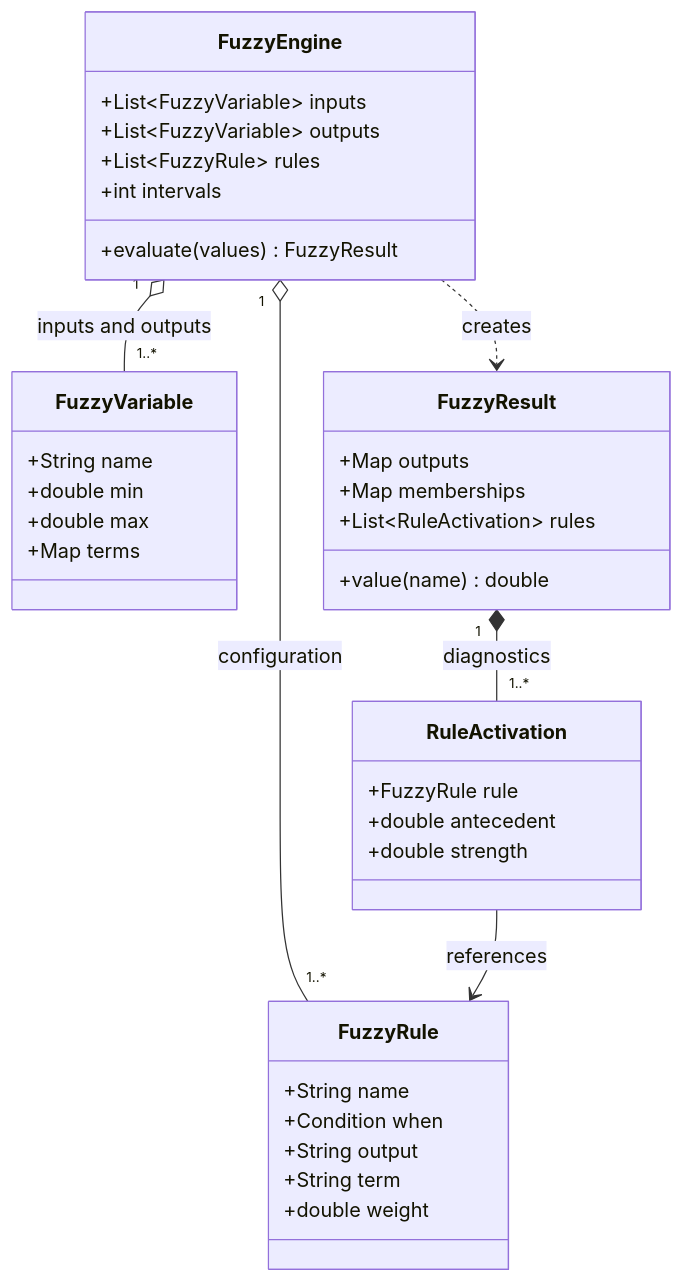
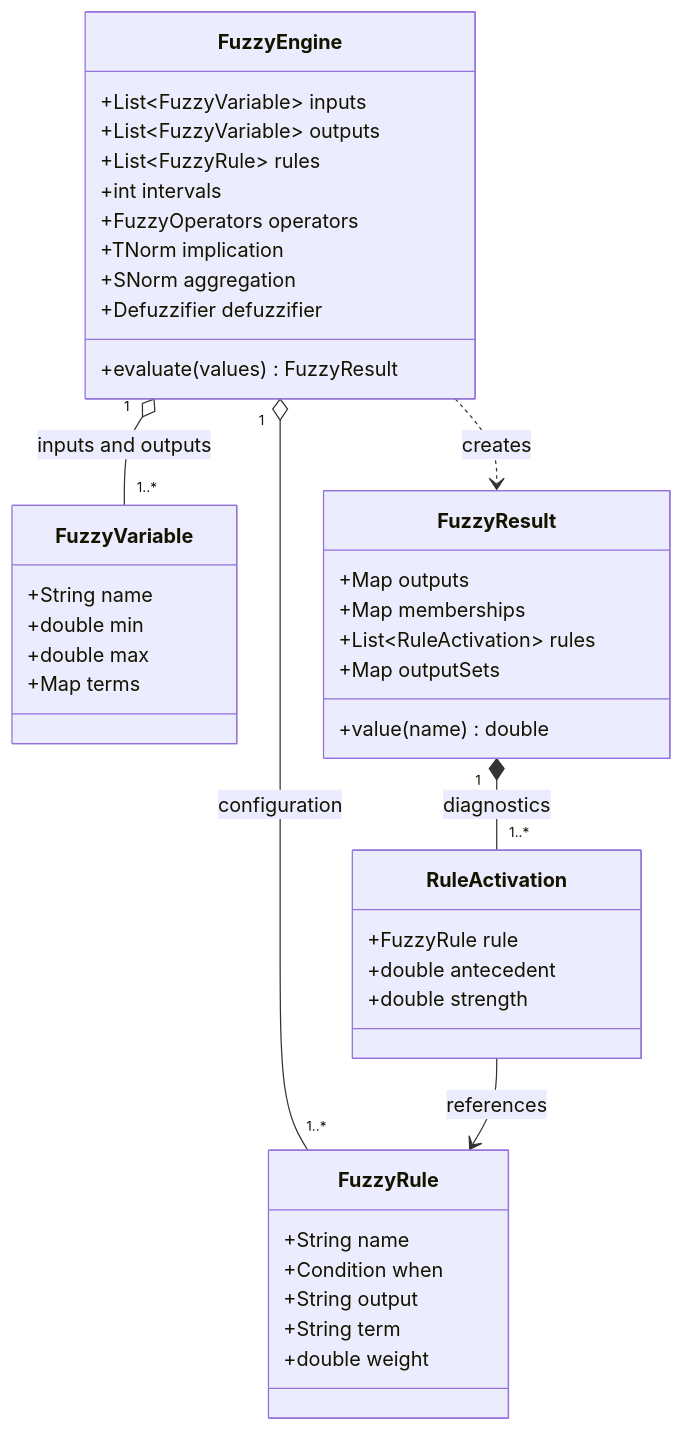
One commit to kleberandrade/fuzzy-engine changed the first of 5 diagrams in docs/architecture.en.md. Above: the diagram before and after it, drawn with Mermaid. The commit also changed other lines of this file and 21 other files, not shown here.

````diff
--- a/docs/architecture.en.md
+++ b/docs/architecture.en.md
@@ -12,40 +12,45 @@
 ```mermaid
 classDiagram
     direction TB
     class FuzzyEngine {
         +List~FuzzyVariable~ inputs
         +List~FuzzyVariable~ outputs
         +List~FuzzyRule~ rules
         +int intervals
+        +FuzzyOperators operators
+        +TNorm implication
+        +SNorm aggregation
+        +Defuzzifier defuzzifier
         +evaluate(values) FuzzyResult
     }
     class FuzzyVariable {
         +String name
         +double min
         +double max
         +Map terms
     }
     class FuzzyRule {
         +String name
         +Condition when
         +String output
         +String term
         +double weight
     }
     class FuzzyResult {
         +Map outputs
         +Map memberships
         +List~RuleActivation~ rules
+        +Map outputSets
         +value(name) double
     }
     class RuleActivation {
         +FuzzyRule rule
         +double antecedent
         +double strength
     }
     FuzzyEngine "1" o-- "1..*" FuzzyVariable : inputs and outputs
     FuzzyEngine "1" o-- "1..*" FuzzyRule : configuration
     FuzzyEngine ..> FuzzyResult : creates
     FuzzyResult "1" *-- "1..*" RuleActivation : diagnostics
     RuleActivation --> FuzzyRule : references
 ```
````
